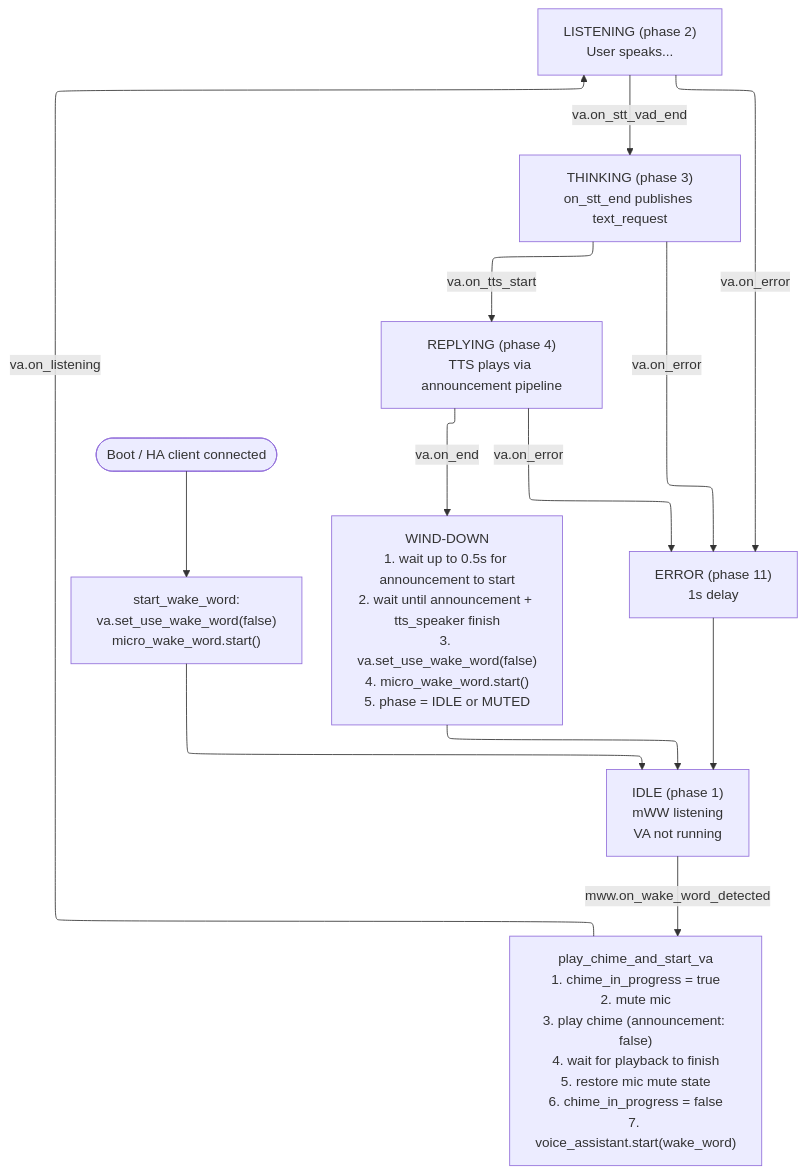
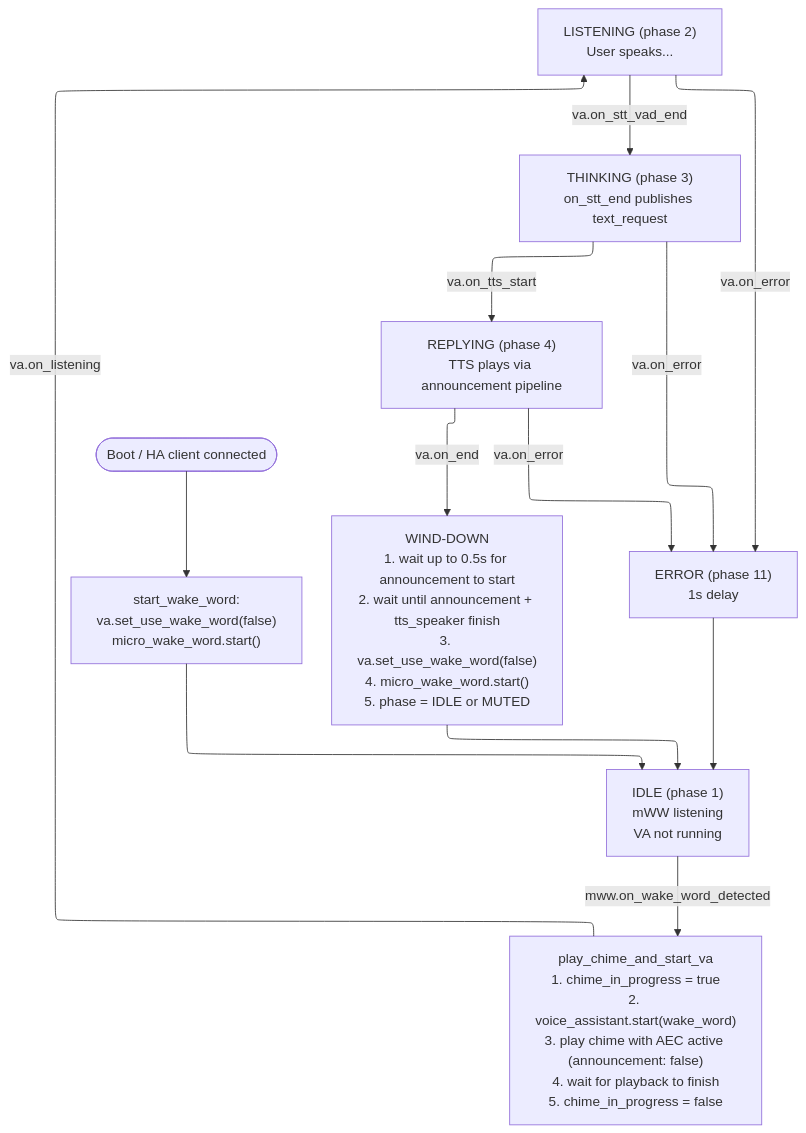
The first of 3 diagrams in README.md (jftkcs/wake-word-voice-assistants), drawn with Mermaid before and after one commit. The commit also changed other lines of this file and 1 other file, not shown here.

Commit message:
Added AEC to allow user voice recording _during_chime!

````diff
--- a/README.md
+++ b/README.md
@@ -57,33 +59,33 @@
 ```mermaid
 ---
 config:
   flowchart:
     defaultRenderer: "elk"
 ---
 flowchart TD
     BOOT([Boot / HA client connected]) --> START_WW["start_wake_word:\nva.set_use_wake_word(false)\nmicro_wake_word.start()"]
     START_WW --> IDLE
 
     IDLE["IDLE (phase 1)\nmWW listening\nVA not running"]
     IDLE -->|mww.on_wake_word_detected| CHIME
 
-    CHIME["play_chime_and_start_va\n1. chime_in_progress = true\n2. mute mic\n3. play chime (announcement: false)\n4. wait for playback to finish\n5. restore mic mute state\n6. chime_in_progress = false\n7. voice_assistant.start(wake_word)"]
+    CHIME["play_chime_and_start_va\n1. chime_in_progress = true\n2. voice_assistant.start(wake_word)\n3. play chime with AEC active (announcement: false)\n4. wait for playback to finish\n5. chime_in_progress = false"]
     CHIME -->|va.on_listening| LISTENING
 
     LISTENING["LISTENING (phase 2)\nUser speaks..."]
     LISTENING -->|va.on_stt_vad_end| THINKING
 
     THINKING["THINKING (phase 3)\non_stt_end publishes text_request"]
     THINKING -->|va.on_tts_start| REPLYING
 
     REPLYING["REPLYING (phase 4)\nTTS plays via announcement pipeline"]
     REPLYING -->|va.on_end| WINDDOWN
 
     WINDDOWN["WIND-DOWN\n1. wait up to 0.5s for announcement to start\n2. wait until announcement + tts_speaker finish\n3. va.set_use_wake_word(false)\n4. micro_wake_word.start()\n5. phase = IDLE or MUTED"]
     WINDDOWN --> IDLE
 
     LISTENING -->|va.on_error| ERROR
     THINKING -->|va.on_error| ERROR
     REPLYING -->|va.on_error| ERROR
     ERROR["ERROR (phase 11)\n1s delay"] --> IDLE
 ```
````
